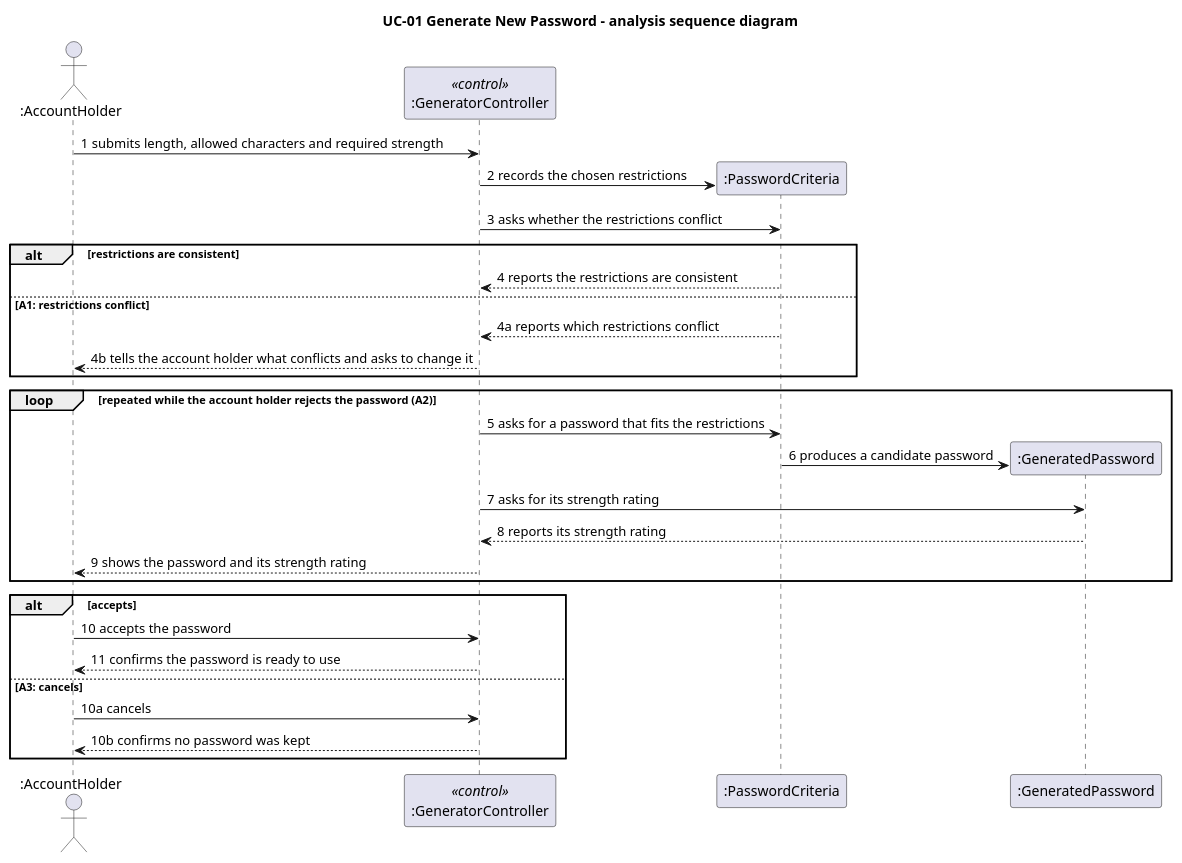
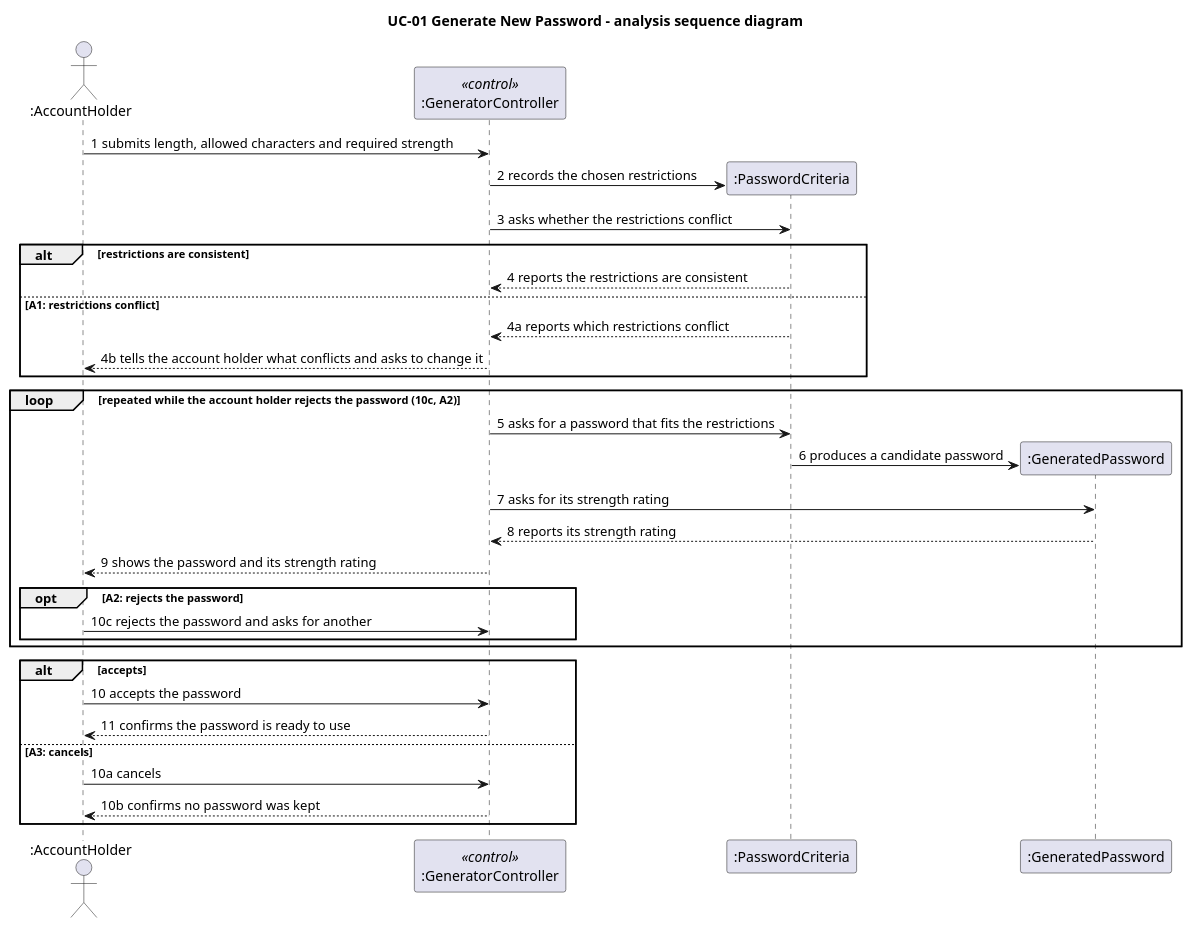
The diagram in uc01-sequence.puml (MVT04/3354-Team-09-Project), drawn with PlantUML before and after one commit. The commit also changed 2 other files, not shown here.

```diff
--- a/uc01-sequence.puml
+++ b/uc01-sequence.puml
@@ -1,38 +1,41 @@
 @startuml
 title UC-01 Generate New Password - analysis sequence diagram
 
 actor ":AccountHolder" as AH
 participant ":GeneratorController" as GC <<control>>
 participant ":PasswordCriteria" as PC
 participant ":GeneratedPassword" as GP
 
 AH -> GC : 1 submits length, allowed characters and required strength
 create PC
 GC -> PC : 2 records the chosen restrictions
 GC -> PC : 3 asks whether the restrictions conflict
 
 alt restrictions are consistent
   PC --> GC : 4 reports the restrictions are consistent
 else A1: restrictions conflict
   PC --> GC : 4a reports which restrictions conflict
   GC --> AH : 4b tells the account holder what conflicts and asks to change it
 end
 
-loop repeated while the account holder rejects the password (A2)
+loop repeated while the account holder rejects the password (10c, A2)
   GC -> PC : 5 asks for a password that fits the restrictions
   create GP
   PC -> GP : 6 produces a candidate password
   GC -> GP : 7 asks for its strength rating
   GP --> GC : 8 reports its strength rating
   GC --> AH : 9 shows the password and its strength rating
+  opt A2: rejects the password
+    AH -> GC : 10c rejects the password and asks for another
+  end
 end
 
 alt accepts
   AH -> GC : 10 accepts the password
   GC --> AH : 11 confirms the password is ready to use
 else A3: cancels
   AH -> GC : 10a cancels
   GC --> AH : 10b confirms no password was kept
 end
 
 @enduml
```
